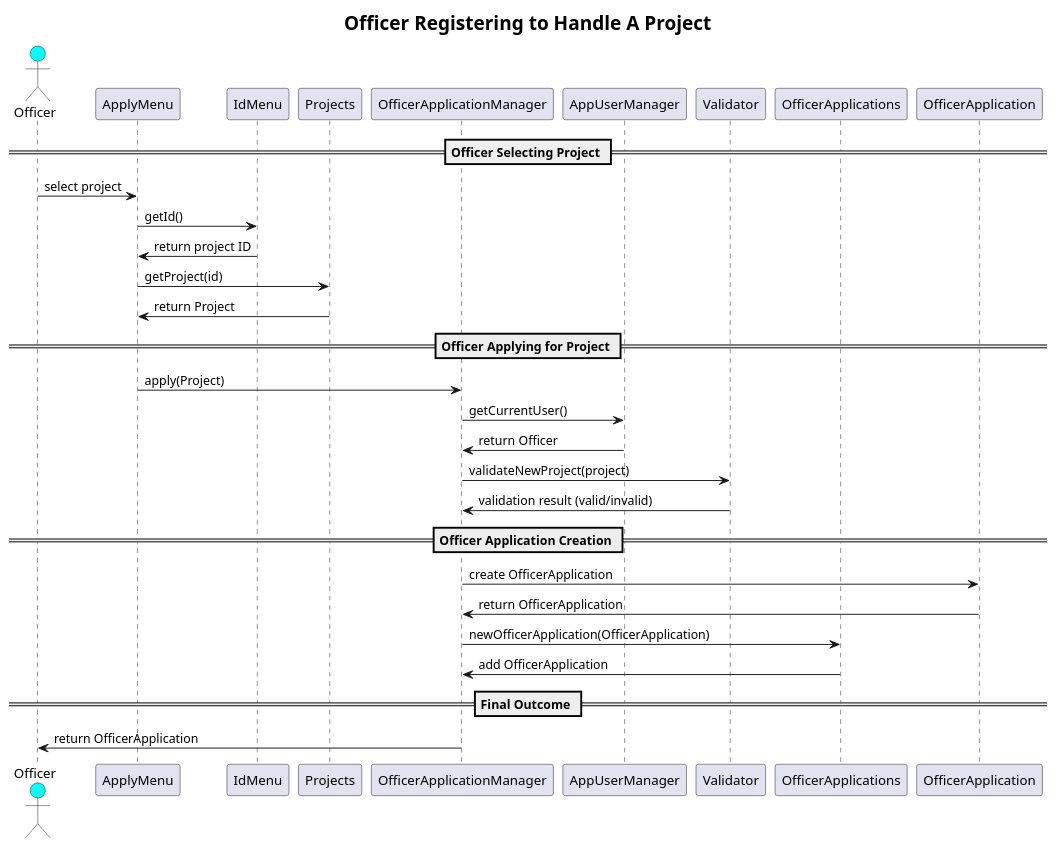
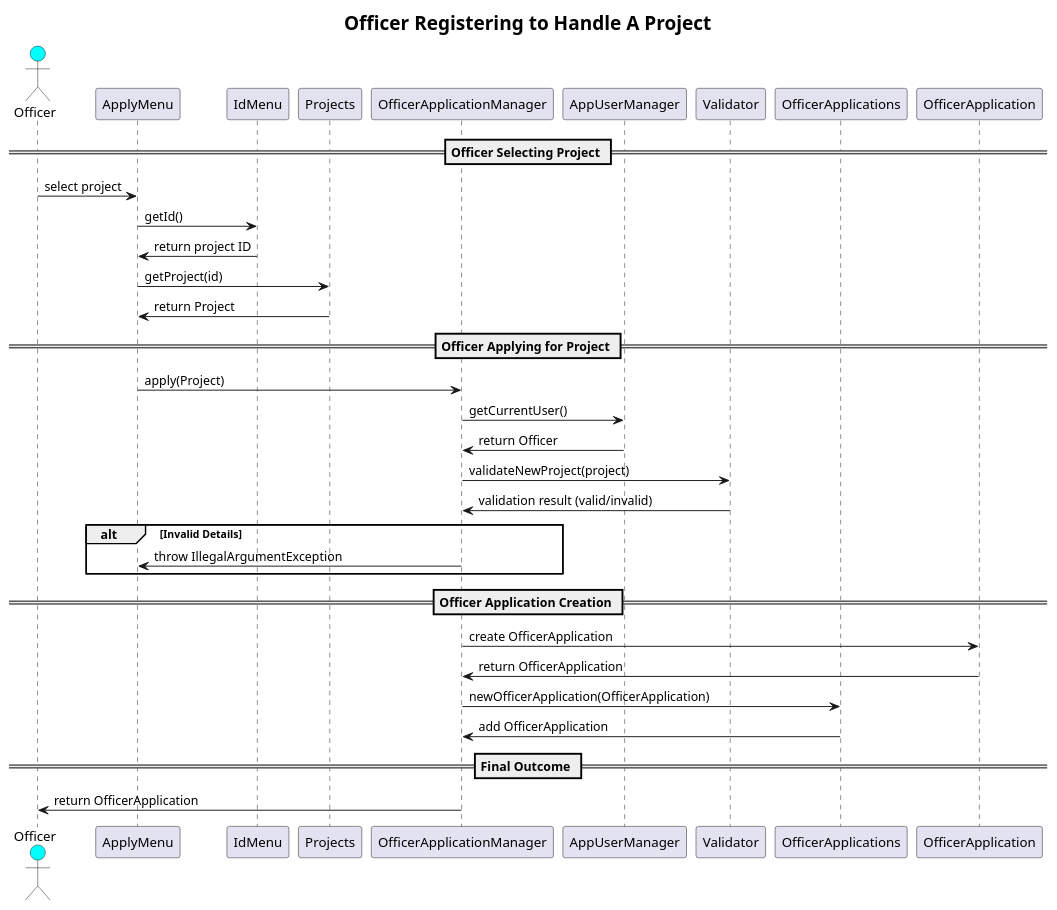
Before and after one commit to arpita729/SC2002-Project: the diagram in Sequence Diagram Two (OfficerHandlesProject).wsd, drawn with PlantUML. The commit also changed other lines of this file, not shown here.

Commit message:
edited to add altblock - Update Sequence Diagram Two (OfficerHandlesProject).wsd

```diff
--- a/Sequence Diagram Two (OfficerHandlesProject).wsd
+++ b/Sequence Diagram Two (OfficerHandlesProject).wsd
@@ -1,37 +1,41 @@
 @startuml
 skinparam titleFontSize 20
 title Officer Registering to Handle A Project
 
 actor Officer #00FFFF
 participant "ApplyMenu" as ApplyMenu
 participant "IdMenu" as IdMenu
 participant "Projects" as Projects
 participant "OfficerApplicationManager" as OfficerApplicationManager
 participant "AppUserManager" as AppUserManager
 participant "Validator" as Validator
 participant "OfficerApplications" as OfficerApplications
 participant "OfficerApplication" as OfficerApplication
 
 == Officer Selecting Project ==
 Officer -> ApplyMenu : select project
 ApplyMenu -> IdMenu : getId()
 IdMenu -> ApplyMenu : return project ID
 ApplyMenu -> Projects : getProject(id)
 Projects -> ApplyMenu : return Project
 
 == Officer Applying for Project ==
 ApplyMenu -> OfficerApplicationManager : apply(Project)
 OfficerApplicationManager -> AppUserManager : getCurrentUser()
 AppUserManager -> OfficerApplicationManager : return Officer
 OfficerApplicationManager -> Validator : validateNewProject(project)
 Validator -> OfficerApplicationManager : validation result (valid/invalid)
 
+alt Invalid Details
+    OfficerApplicationManager -> ApplyMenu : throw IllegalArgumentException
+end alt
+
 == Officer Application Creation ==
 OfficerApplicationManager -> OfficerApplication : create OfficerApplication
 OfficerApplication -> OfficerApplicationManager : return OfficerApplication
 OfficerApplicationManager -> OfficerApplications : newOfficerApplication(OfficerApplication)
 OfficerApplications -> OfficerApplicationManager : add OfficerApplication
 
 == Final Outcome ==
 OfficerApplicationManager -> Officer : return OfficerApplication
 @enduml
```
